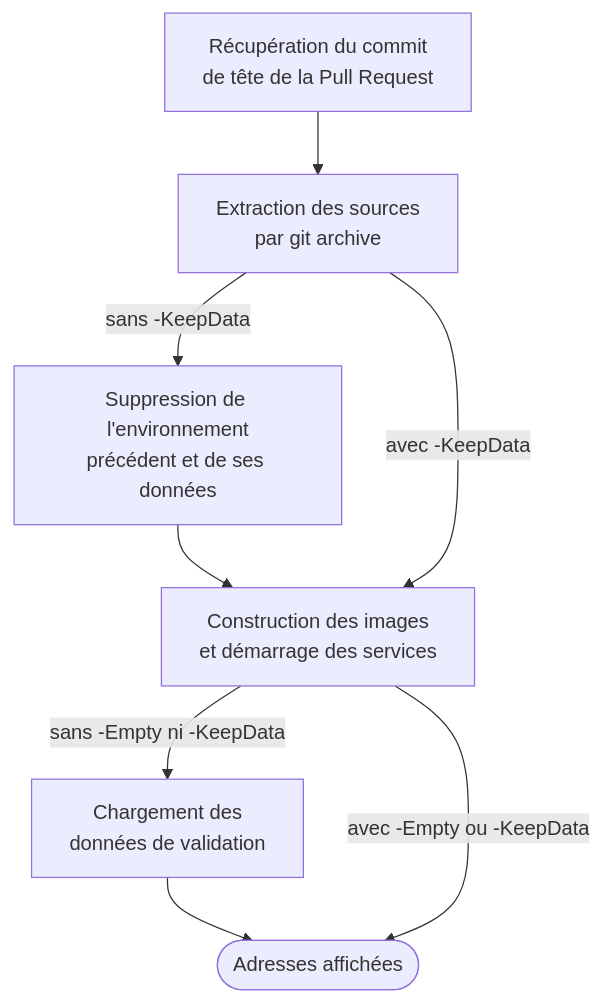
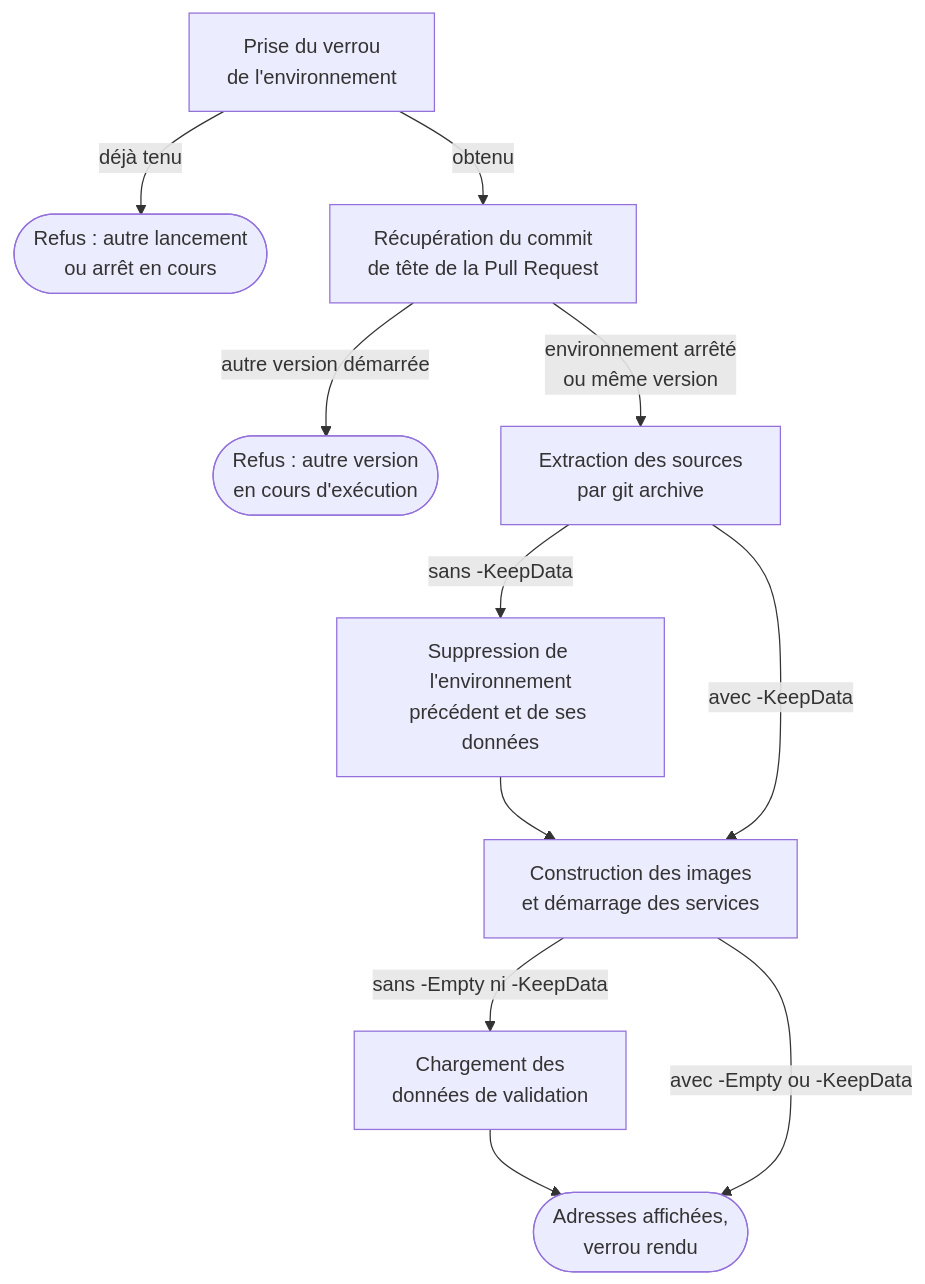
The third of 4 diagrams in docs/tech/architecture/deploiement.md (Tetram76/bdtheque-claude), drawn with Mermaid before and after one commit. The commit also changed other lines of this file and 14 other files, not shown here.

````diff
--- a/docs/tech/architecture/deploiement.md
+++ b/docs/tech/architecture/deploiement.md
@@ -78,15 +79,21 @@
 ```mermaid
 flowchart TB
+    lock["Prise du verrou<br/>de l'environnement"]
+    busy(["Refus : autre lancement<br/>ou arrêt en cours"])
     fetch["Récupération du commit<br/>de tête de la Pull Request"]
+    other(["Refus : autre version<br/>en cours d'exécution"])
     extract["Extraction des sources<br/>par git archive"]
     down["Suppression de l'environnement<br/>précédent et de ses données"]
     up["Construction des images<br/>et démarrage des services"]
     load["Chargement des<br/>données de validation"]
-    done(["Adresses affichées"])
+    done(["Adresses affichées,<br/>verrou rendu"])
 
-    fetch --> extract
+    lock -- "déjà tenu" --> busy
+    lock -- "obtenu" --> fetch
+    fetch -- "autre version démarrée" --> other
+    fetch -- "environnement arrêté<br/>ou même version" --> extract
     extract -- "sans -KeepData" --> down --> up
     extract -- "avec -KeepData" --> up
     up -- "sans -Empty ni -KeepData" --> load --> done
     up -- "avec -Empty ou -KeepData" --> done
 ```
````
